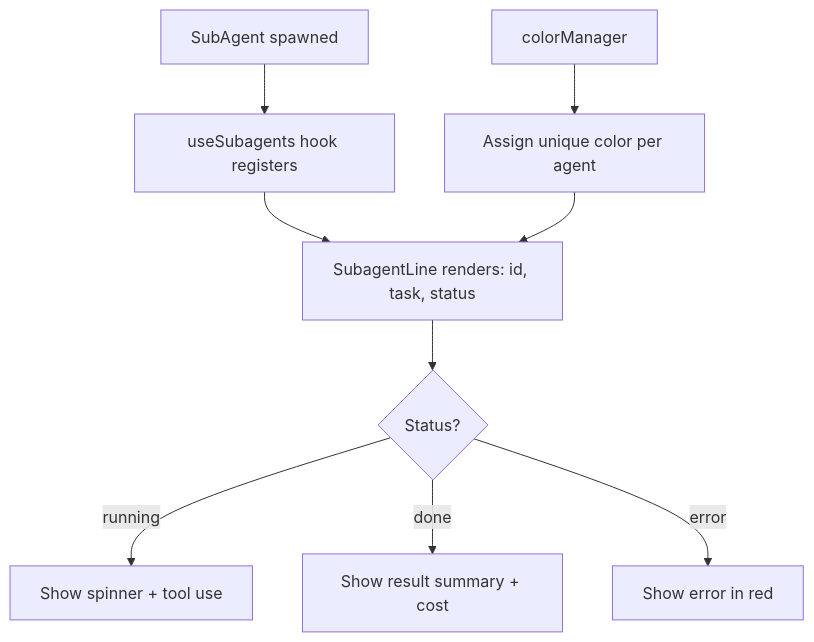
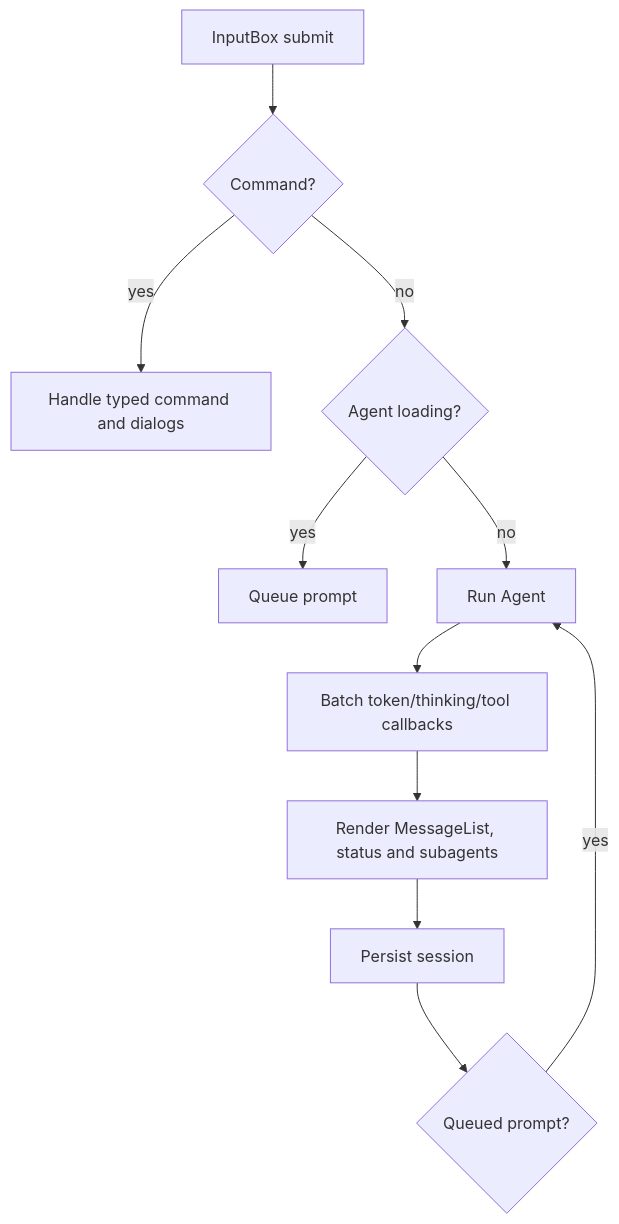
One commit to Hermenics/deepseek-code changed the diagram in _reversa_sdd/flowcharts/ui.md. Above: the diagram before and after it, drawn with Mermaid. The commit also changed other lines of this file and 151 other files, not shown here.

First line of the commit message:
docs(agents): reorganize skill documentation and expand SDD architecture

````diff
--- a/_reversa_sdd/flowcharts/ui.md
+++ b/_reversa_sdd/flowcharts/ui.md
@@ -86,12 +3,13 @@
 ```mermaid
 flowchart TD
-    A[SubAgent spawned] --> B[useSubagents hook registers]
-    B --> C[SubagentLine renders: id, task, status]
-    C --> D{Status?}
-    D -->|running| E[Show spinner + tool use]
-    D -->|done| F[Show result summary + cost]
-    D -->|error| G[Show error in red]
-    
-    H[colorManager] --> I[Assign unique color per agent]
-    I --> C
+  A[InputBox submit] --> B{Command?}
+  B -->|yes| C[Handle typed command and dialogs]
+  B -->|no| D{Agent loading?}
+  D -->|yes| E[Queue prompt]
+  D -->|no| F[Run Agent]
+  F --> G[Batch token/thinking/tool callbacks]
+  G --> H[Render MessageList, status and subagents]
+  H --> I[Persist session]
+  I --> J{Queued prompt?}
+  J -->|yes| F
 ```
````
